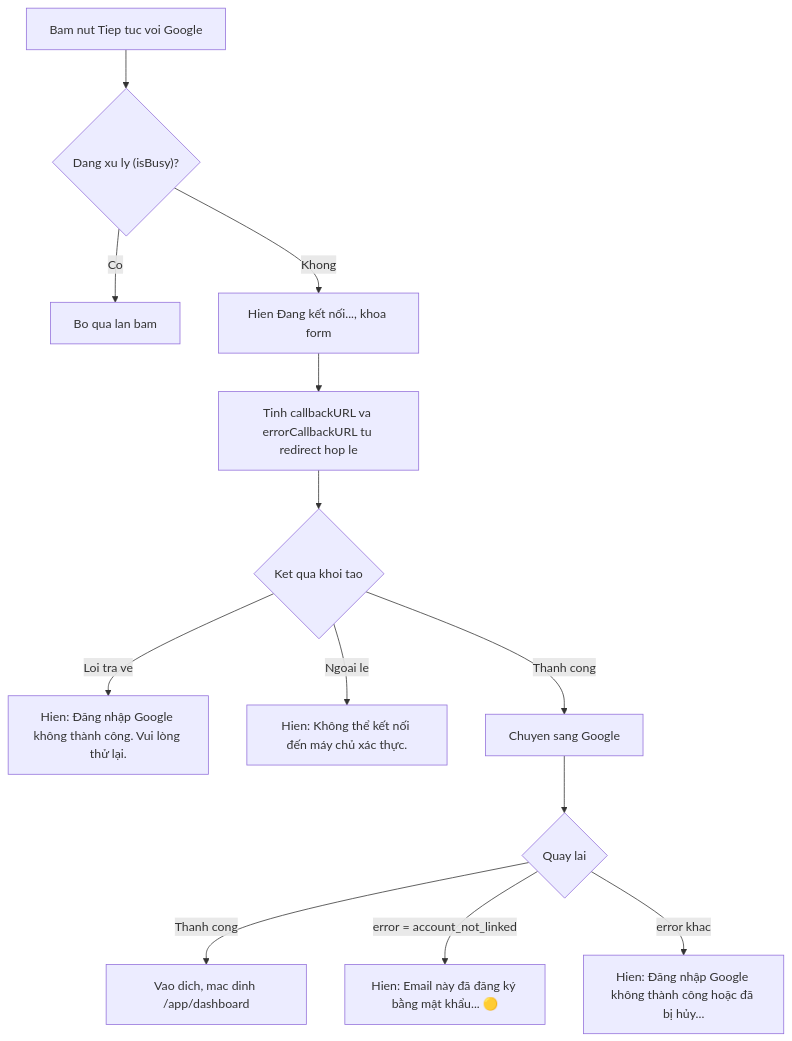
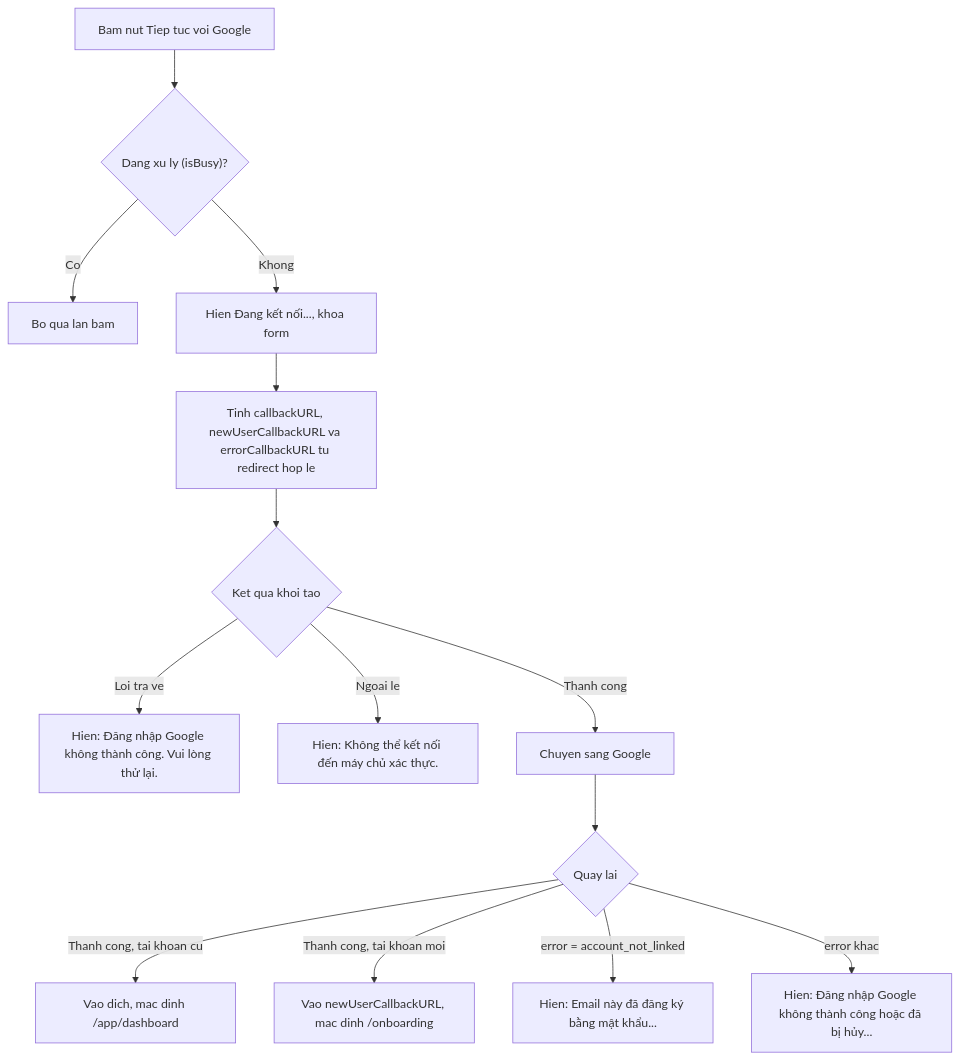
One commit to vinh19410/vox-flow changed the sixth of 14 diagrams in docs/_reverse/auth-account/srs/auth-account-reverse-flows.md. Above: the diagram before and after it, drawn with Mermaid. The commit also changed other lines of this file and 16 other files, not shown here.

````diff
--- a/docs/_reverse/auth-account/srs/auth-account-reverse-flows.md
+++ b/docs/_reverse/auth-account/srs/auth-account-reverse-flows.md
@@ -145,15 +160,16 @@
 ```mermaid
 flowchart TD
     A["Bam nut Tiep tuc voi Google"] --> B{"Dang xu ly (isBusy)?"}
     B -->|Co| B1["Bo qua lan bam"]
     B -->|Khong| C["Hien Đang kết nối..., khoa form"]
-    C --> D["Tinh callbackURL va errorCallbackURL tu redirect hop le"]
+    C --> D["Tinh callbackURL, newUserCallbackURL va errorCallbackURL tu redirect hop le"]
     D --> E{"Ket qua khoi tao"}
     E -->|"Loi tra ve"| E1["Hien: Đăng nhập Google không thành công. Vui lòng thử lại."]
     E -->|"Ngoai le"| E2["Hien: Không thể kết nối đến máy chủ xác thực."]
     E -->|"Thanh cong"| F["Chuyen sang Google"]
     F --> G{"Quay lai"}
-    G -->|"Thanh cong"| G1["Vao dich, mac dinh /app/dashboard"]
-    G -->|"error = account_not_linked"| G2["Hien: Email này đã đăng ký bằng mật khẩu... 🟡"]
+    G -->|"Thanh cong, tai khoan cu"| G1["Vao dich, mac dinh /app/dashboard"]
+    G -->|"Thanh cong, tai khoan moi"| G1b["Vao newUserCallbackURL, mac dinh /onboarding"]
+    G -->|"error = account_not_linked"| G2["Hien: Email này đã đăng ký bằng mật khẩu..."]
     G -->|"error khac"| G3["Hien: Đăng nhập Google không thành công hoặc đã bị hủy..."]
 ```
````
